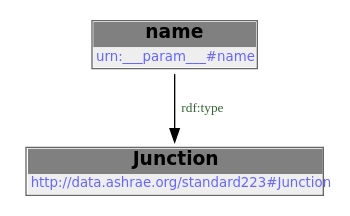
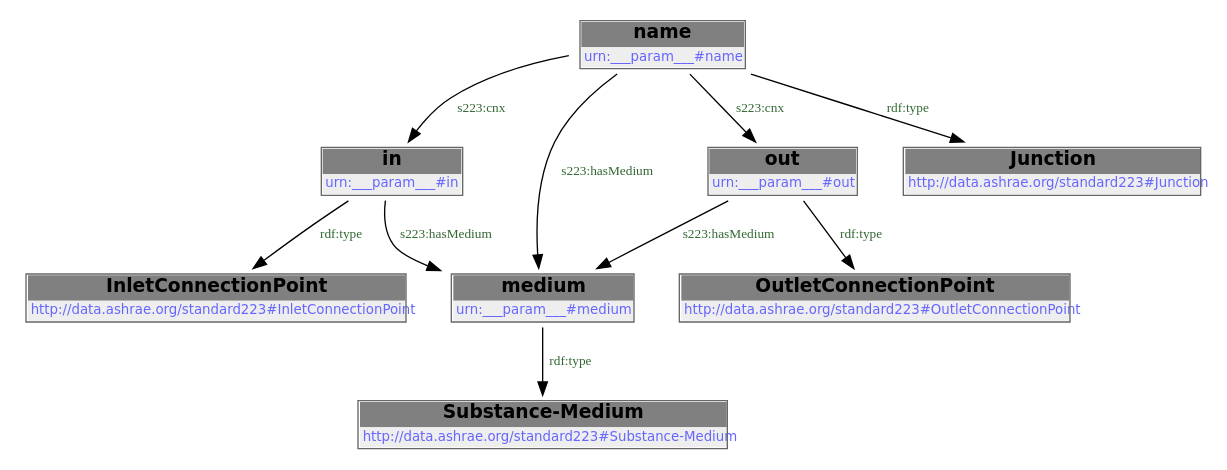
Before and after one commit to DataDrivenCPS/water-ontology: the diagram in docs/libraries/templates/junction.rst, drawn with Graphviz. The commit also changed other lines of this file and 83 other files, not shown here.

```diff
--- a/docs/libraries/templates/junction.rst
+++ b/docs/libraries/templates/junction.rst
@@ -51,8 +68,30 @@
-        .. graphviz::
+.. graphviz::
 
-                digraph G {
-            node [fontname="DejaVu Sans"];
-            node0 -> node1 [color=BLACK, label=< <font point-size='10' color='#336633'>rdf:type</font> >];
-            node0 [shape=none, color=black, label=< <table color='#666666' cellborder='0' cellspacing='0' border='1'><tr><td colspan='2' bgcolor='grey'><B>name</B></td></tr><tr><td href='urn:___param___#name' bgcolor='#eeeeee' colspan='2'><font point-size='10' color='#6666ff'>urn:___param___#name</font></td></tr></table> >];
-            node1 [shape=none, color=black, label=< <table color='#666666' cellborder='0' cellspacing='0' border='1'><tr><td colspan='2' bgcolor='grey'><B>Junction</B></td></tr><tr><td href='http://data.ashrae.org/standard223#Junction' bgcolor='#eeeeee' colspan='2'><font point-size='10' color='#6666ff'>http://data.ashrae.org/standard223#Junction</font></td></tr></table> >];
-            }
+    digraph {
+     node [ fontname="DejaVu Sans" ] ;
+        node0 -> node1 [ color=BLACK, label=< <font point-size='10' color='#336633'>s223:hasMedium</font> > ] ;
+        node0 -> node2 [ color=BLACK, label=< <font point-size='10' color='#336633'>rdf:type</font> > ] ;
+        node1 -> node3 [ color=BLACK, label=< <font point-size='10' color='#336633'>rdf:type</font> > ] ;
+        node4 -> node0 [ color=BLACK, label=< <font point-size='10' color='#336633'>s223:cnx</font> > ] ;
+        node4 -> node5 [ color=BLACK, label=< <font point-size='10' color='#336633'>s223:cnx</font> > ] ;
+        node4 -> node1 [ color=BLACK, label=< <font point-size='10' color='#336633'>s223:hasMedium</font> > ] ;
+        node4 -> node6 [ color=BLACK, label=< <font point-size='10' color='#336633'>rdf:type</font> > ] ;
+        node5 -> node1 [ color=BLACK, label=< <font point-size='10' color='#336633'>s223:hasMedium</font> > ] ;
+        node5 -> node7 [ color=BLACK, label=< <font point-size='10' color='#336633'>rdf:type</font> > ] ;
+    # urn:___param___#in node0
+    node0 [ shape=none, color=black label=< <table color='#666666' cellborder='0' cellspacing='0' border='1'><tr><td colspan='2' bgcolor='grey'><B>in</B></td></tr><tr><td href='urn:___param___#in' bgcolor='#eeeeee' colspan='2'><font point-size='10' color='#6666ff'>urn:___param___#in</font></td></tr></table> > ]
+    # urn:___param___#medium node1
+    node1 [ shape=none, color=black label=< <table color='#666666' cellborder='0' cellspacing='0' border='1'><tr><td colspan='2' bgcolor='grey'><B>medium</B></td></tr><tr><td href='urn:___param___#medium' bgcolor='#eeeeee' colspan='2'><font point-size='10' color='#6666ff'>urn:___param___#medium</font></td></tr></table> > ]
+    # http://data.ashrae.org/standard223#InletConnectionPoint node2
+    node2 [ shape=none, color=black label=< <table color='#666666' cellborder='0' cellspacing='0' border='1'><tr><td colspan='2' bgcolor='grey'><B>InletConnectionPoint</B></td></tr><tr><td href='http://data.ashrae.org/standard223#InletConnectionPoint' bgcolor='#eeeeee' colspan='2'><font point-size='10' color='#6666ff'>http://data.ashrae.org/standard223#InletConnectionPoint</font></td></tr></table> > ]
+    # http://data.ashrae.org/standard223#Substance-Medium node3
+    node3 [ shape=none, color=black label=< <table color='#666666' cellborder='0' cellspacing='0' border='1'><tr><td colspan='2' bgcolor='grey'><B>Substance-Medium</B></td></tr><tr><td href='http://data.ashrae.org/standard223#Substance-Medium' bgcolor='#eeeeee' colspan='2'><font point-size='10' color='#6666ff'>http://data.ashrae.org/standard223#Substance-Medium</font></td></tr></table> > ]
+    # urn:___param___#name node4
+    node4 [ shape=none, color=black label=< <table color='#666666' cellborder='0' cellspacing='0' border='1'><tr><td colspan='2' bgcolor='grey'><B>name</B></td></tr><tr><td href='urn:___param___#name' bgcolor='#eeeeee' colspan='2'><font point-size='10' color='#6666ff'>urn:___param___#name</font></td></tr></table> > ]
+    # urn:___param___#out node5
+    node5 [ shape=none, color=black label=< <table color='#666666' cellborder='0' cellspacing='0' border='1'><tr><td colspan='2' bgcolor='grey'><B>out</B></td></tr><tr><td href='urn:___param___#out' bgcolor='#eeeeee' colspan='2'><font point-size='10' color='#6666ff'>urn:___param___#out</font></td></tr></table> > ]
+    # http://data.ashrae.org/standard223#Junction node6
+    node6 [ shape=none, color=black label=< <table color='#666666' cellborder='0' cellspacing='0' border='1'><tr><td colspan='2' bgcolor='grey'><B>Junction</B></td></tr><tr><td href='http://data.ashrae.org/standard223#Junction' bgcolor='#eeeeee' colspan='2'><font point-size='10' color='#6666ff'>http://data.ashrae.org/standard223#Junction</font></td></tr></table> > ]
+    # http://data.ashrae.org/standard223#OutletConnectionPoint node7
+    node7 [ shape=none, color=black label=< <table color='#666666' cellborder='0' cellspacing='0' border='1'><tr><td colspan='2' bgcolor='grey'><B>OutletConnectionPoint</B></td></tr><tr><td href='http://data.ashrae.org/standard223#OutletConnectionPoint' bgcolor='#eeeeee' colspan='2'><font point-size='10' color='#6666ff'>http://data.ashrae.org/standard223#OutletConnectionPoint</font></td></tr></table> > ]
+    }
```
